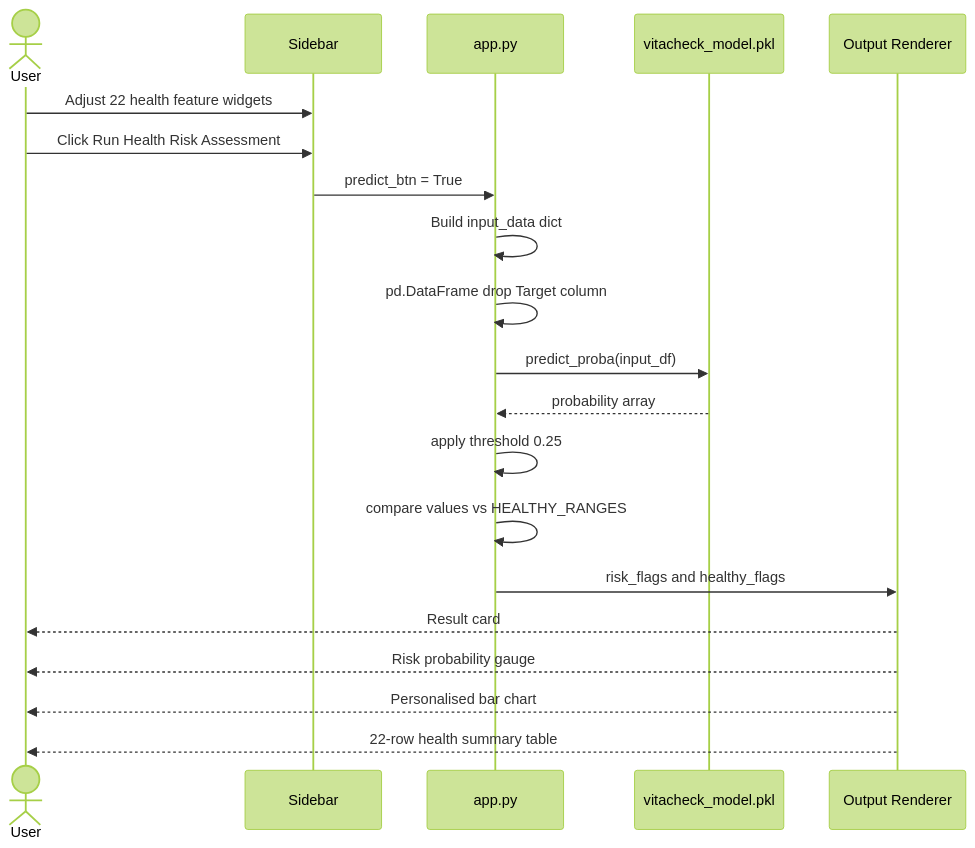
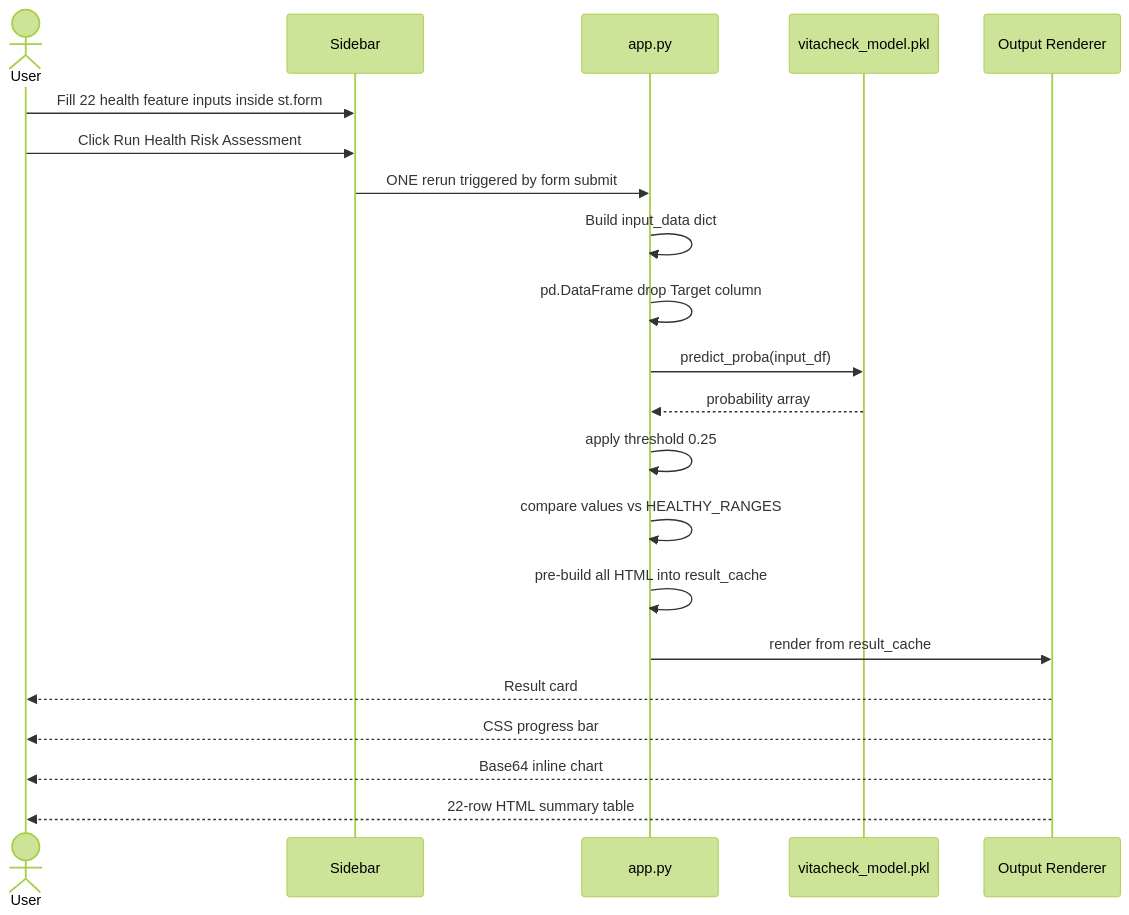
The sixth of 14 diagrams in README.md (KARTHIKAKRISHNA123/vitacheck-ml), drawn with Mermaid (forest theme) before and after one commit. The commit also changed other lines of this file, not shown here.

````diff
--- a/README.md
+++ b/README.md
@@ -298,23 +312,24 @@
 ```mermaid
 sequenceDiagram
     actor User
     participant Sidebar
     participant App as app.py
     participant Model as vitacheck_model.pkl
     participant Renderer as Output Renderer
 
-    User->>Sidebar: Adjust 22 health feature widgets
+    User->>Sidebar: Fill 22 health feature inputs inside st.form
     User->>Sidebar: Click Run Health Risk Assessment
-    Sidebar->>App: predict_btn = True
+    Sidebar->>App: ONE rerun triggered by form submit
     App->>App: Build input_data dict
     App->>App: pd.DataFrame drop Target column
     App->>Model: predict_proba(input_df)
     Model-->>App: probability array
     App->>App: apply threshold 0.25
     App->>App: compare values vs HEALTHY_RANGES
-    App->>Renderer: risk_flags and healthy_flags
+    App->>App: pre-build all HTML into result_cache
+    App->>Renderer: render from result_cache
     Renderer-->>User: Result card
-    Renderer-->>User: Risk probability gauge
-    Renderer-->>User: Personalised bar chart
-    Renderer-->>User: 22-row health summary table
+    Renderer-->>User: CSS progress bar
+    Renderer-->>User: Base64 inline chart
+    Renderer-->>User: 22-row HTML summary table
 ```
````
